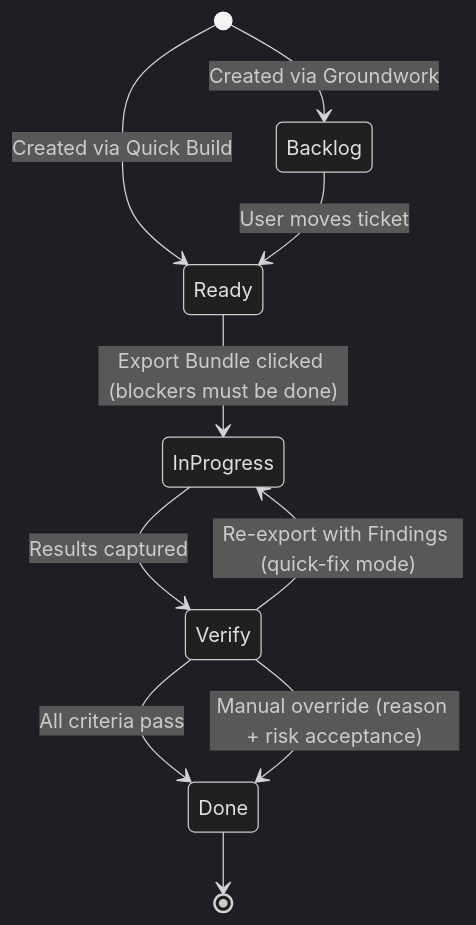
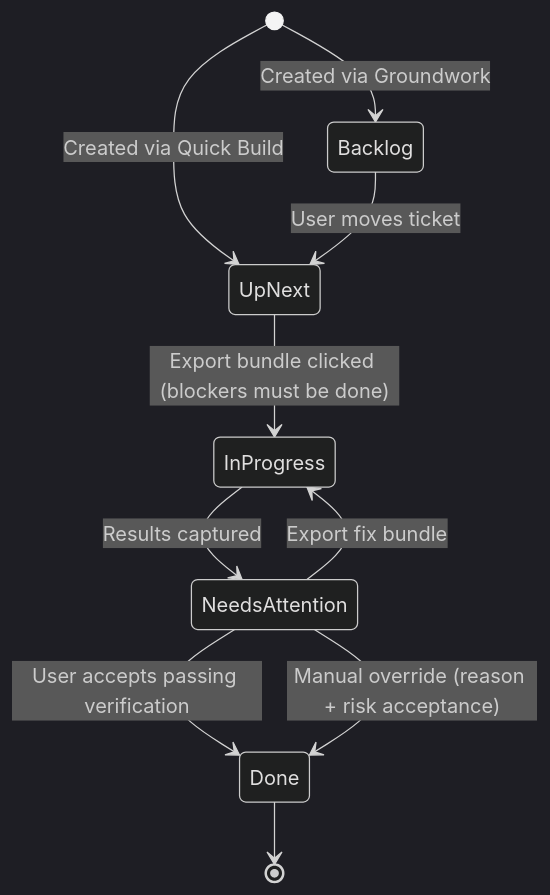
One commit to mtmitchel/SpecFlow changed the first of 2 diagrams in docs/workflows.md. Above: the diagram before and after it, drawn with Mermaid (dark theme). The commit also changed other lines of this file and 97 other files, not shown here.

````diff
--- a/docs/workflows.md
+++ b/docs/workflows.md
@@ -140,12 +138,12 @@
 ```mermaid
 stateDiagram
     [*] --> Backlog : Created via Groundwork
-    [*] --> Ready : Created via Quick Build
-    Backlog --> Ready : User moves ticket
-    Ready --> InProgress : Export Bundle clicked (blockers must be done)
-    InProgress --> Verify : Results captured
-    Verify --> Done : All criteria pass
-    Verify --> Done : Manual override (reason + risk acceptance)
-    Verify --> InProgress : Re-export with Findings (quick-fix mode)
+    [*] --> UpNext : Created via Quick Build
+    Backlog --> UpNext : User moves ticket
+    UpNext --> InProgress : Export bundle clicked (blockers must be done)
+    InProgress --> NeedsAttention : Results captured
+    NeedsAttention --> Done : User accepts passing verification
+    NeedsAttention --> Done : Manual override (reason + risk acceptance)
+    NeedsAttention --> InProgress : Export fix bundle
     Done --> [*]
 ```
````
